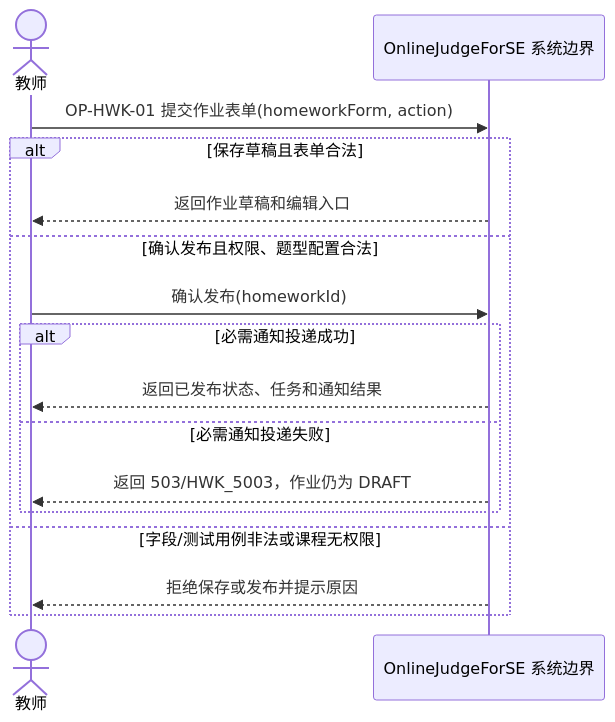
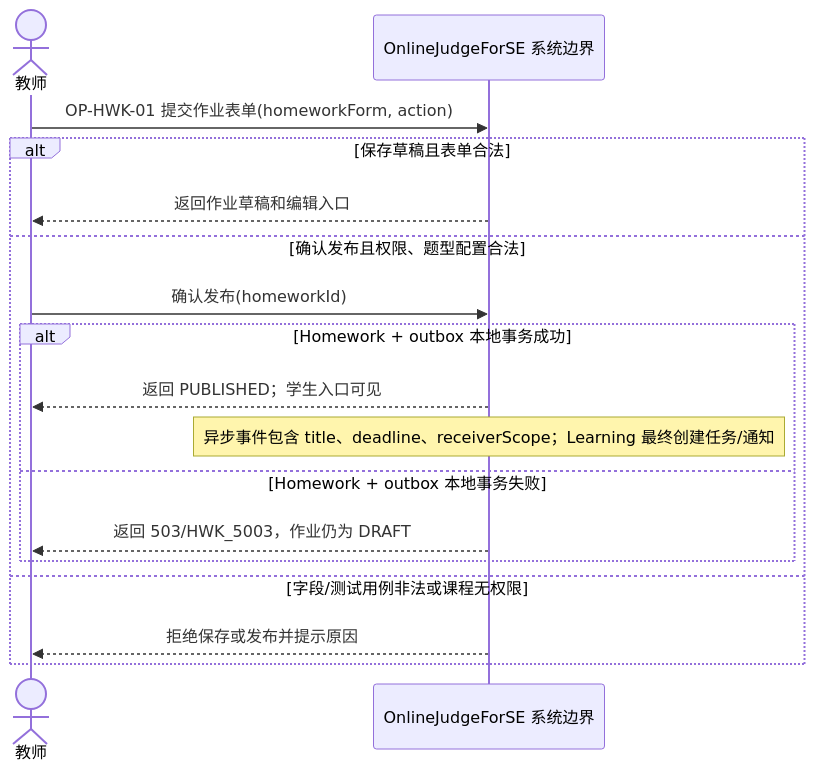
Before and after one commit to Cr4zyorange/OnlineJudge: the diagram in docs/diagrams/srs/fig_4_14b_hwk_publish_ssd.mmd, drawn with Mermaid. The commit also changed 28 other files, not shown here.

Commit message:
docs(contracts): migrate homework publication to v2 outbox

```diff
--- a/docs/diagrams/srs/fig_4_14b_hwk_publish_ssd.mmd
+++ b/docs/diagrams/srs/fig_4_14b_hwk_publish_ssd.mmd
@@ -1,16 +1,17 @@
 sequenceDiagram
   actor Teacher as 教师
   participant System as OnlineJudgeForSE 系统边界
   Teacher->>System: OP-HWK-01 提交作业表单(homeworkForm, action)
   alt 保存草稿且表单合法
     System-->>Teacher: 返回作业草稿和编辑入口
   else 确认发布且权限、题型配置合法
     Teacher->>System: 确认发布(homeworkId)
-    alt 必需通知投递成功
-      System-->>Teacher: 返回已发布状态、任务和通知结果
-    else 必需通知投递失败
+    alt Homework + outbox 本地事务成功
+      System-->>Teacher: 返回 PUBLISHED；学生入口可见
+      Note over System: 异步事件包含 title、deadline、receiverScope；Learning 最终创建任务/通知
+    else Homework + outbox 本地事务失败
       System-->>Teacher: 返回 503/HWK_5003，作业仍为 DRAFT
     end
   else 字段/测试用例非法或课程无权限
     System-->>Teacher: 拒绝保存或发布并提示原因
   end
```
